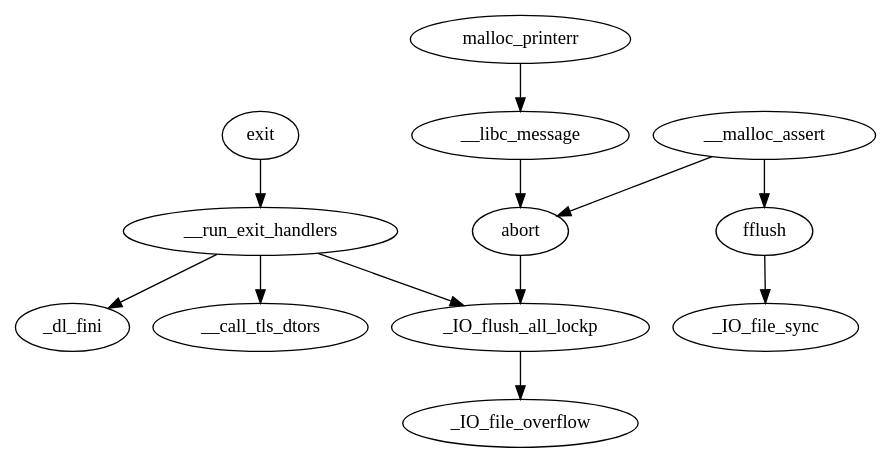
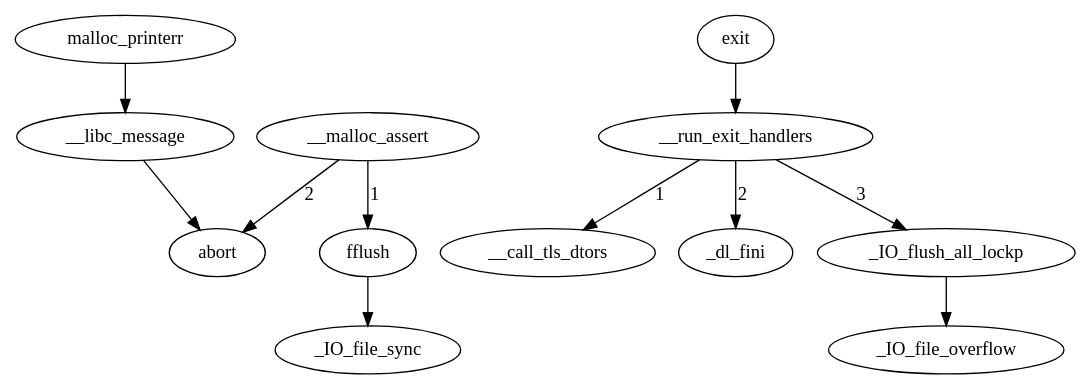
Before and after one commit to RioKato/pwn-cheatsheet: the diagram in terminate.gv, drawn with Graphviz. The commit also changed 2 other files, not shown here.

```diff
--- a/terminate.gv
+++ b/terminate.gv
@@ -1,9 +1,11 @@
 digraph {
-  malloc_printerr -> __libc_message -> abort -> _IO_flush_all_lockp;
-  exit -> __run_exit_handlers -> _IO_flush_all_lockp;
-  __run_exit_handlers -> __call_tls_dtors;
-  __run_exit_handlers -> _dl_fini;
+  malloc_printerr -> __libc_message -> abort;
+  exit -> __run_exit_handlers;
+  __run_exit_handlers -> __call_tls_dtors [label = "1"];
+  __run_exit_handlers -> _dl_fini [label = "2"];
+  __run_exit_handlers-> _IO_flush_all_lockp [label = "3"];
   _IO_flush_all_lockp -> _IO_file_overflow;
-  __malloc_assert -> fflush -> _IO_file_sync;
-  __malloc_assert -> abort;
+  __malloc_assert -> fflush [label = "1"];
+  __malloc_assert -> abort [label = "2"];
+  fflush -> _IO_file_sync;
 }
```
